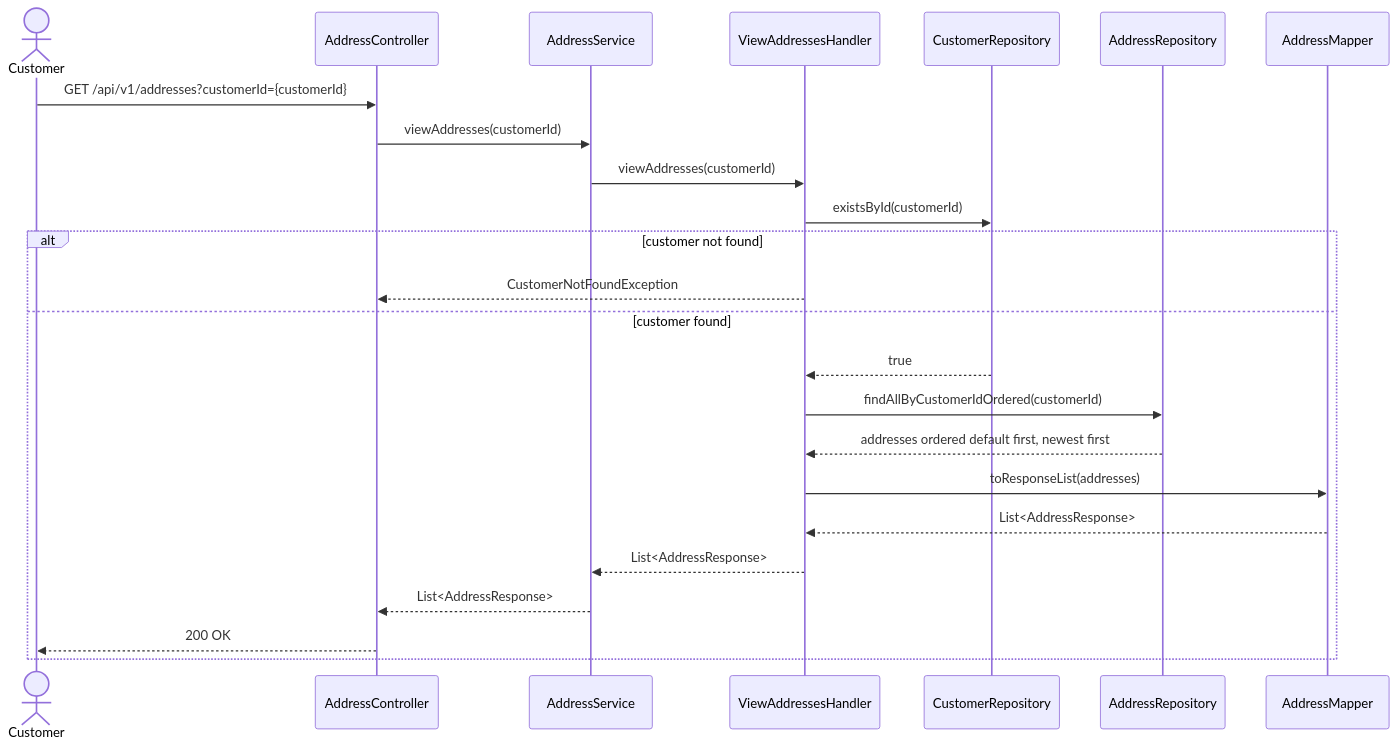
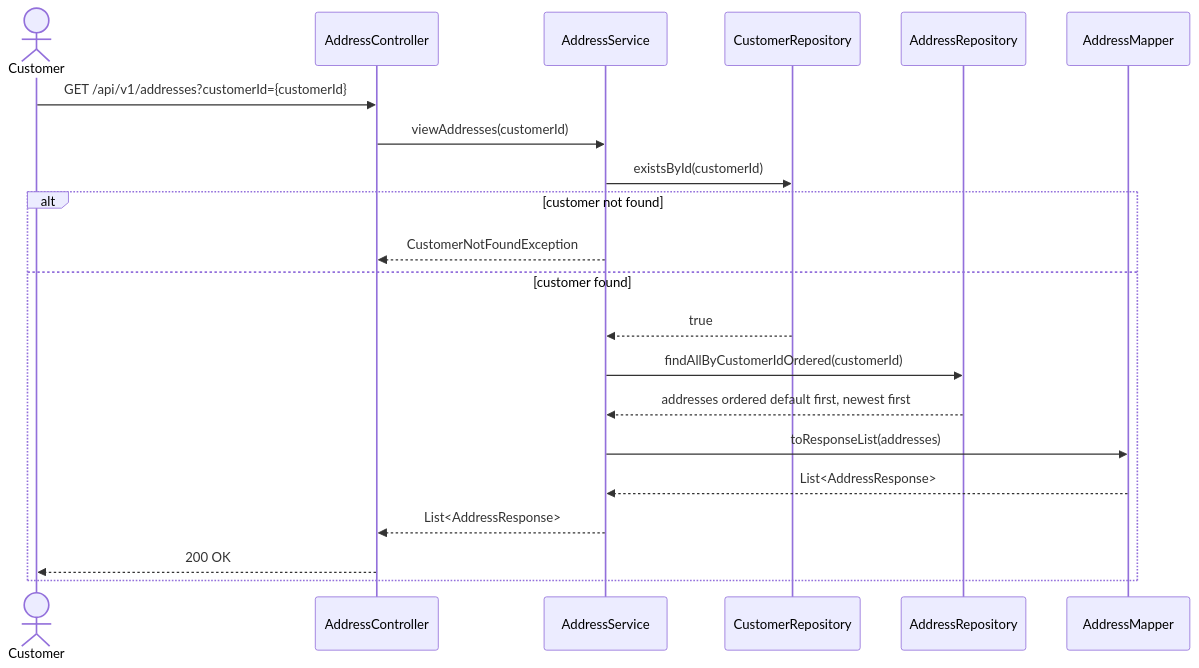
One commit to msmohammed0077-cmd/mentorship-restaurant changed the second of 5 diagrams in restaurant/.docs/use-cases/customer-management/address-management/sequence-diagrams.md. Above: the diagram before and after it, drawn with Mermaid. The commit also changed other lines of this file and 14 other files, not shown here.

````diff
--- a/restaurant/.docs/use-cases/customer-management/address-management/sequence-diagrams.md
+++ b/restaurant/.docs/use-cases/customer-management/address-management/sequence-diagrams.md
@@ -41,27 +38,24 @@
 ```mermaid
 sequenceDiagram
     actor Customer
     participant C as AddressController
-    participant S as AddressService
-    participant H as ViewAddressesHandler
+    participant H as AddressService
     participant Customers as CustomerRepository
     participant Addresses as AddressRepository
     participant M as AddressMapper
 
     Customer->>C: GET /api/v1/addresses?customerId={customerId}
-    C->>S: viewAddresses(customerId)
-    S->>H: viewAddresses(customerId)
+    C->>H: viewAddresses(customerId)
     H->>Customers: existsById(customerId)
     alt customer not found
         H-->>C: CustomerNotFoundException
     else customer found
         Customers-->>H: true
         H->>Addresses: findAllByCustomerIdOrdered(customerId)
         Addresses-->>H: addresses ordered default first, newest first
         H->>M: toResponseList(addresses)
         M-->>H: List<AddressResponse>
-        H-->>S: List<AddressResponse>
-        S-->>C: List<AddressResponse>
+        H-->>C: List<AddressResponse>
         C-->>Customer: 200 OK
     end
 ```
````
